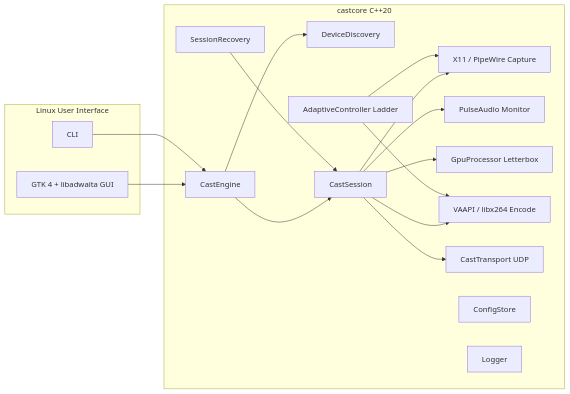
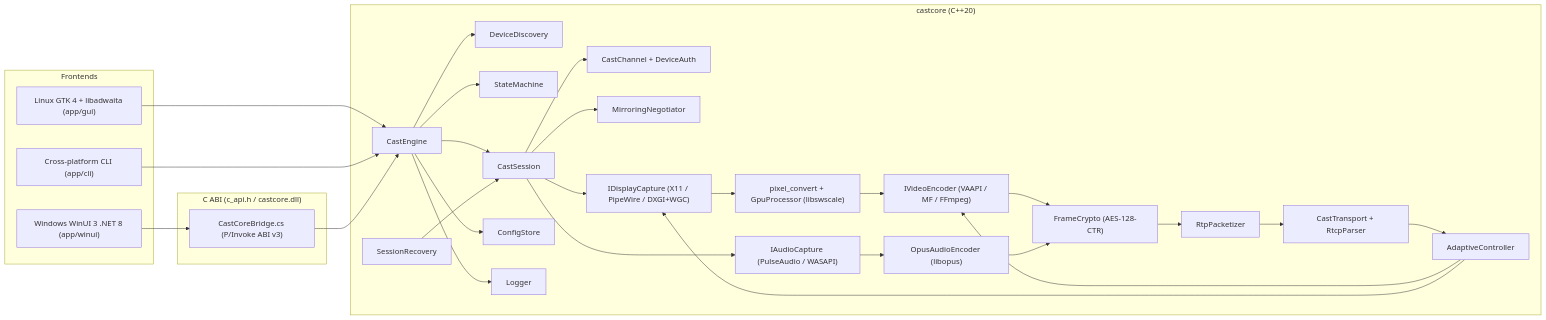
One commit to vindeckyy/CastMirror changed the second of 2 diagrams in docs/ARCHITECTURE.md. Above: the diagram before and after it, drawn with Mermaid. The commit also changed other lines of this file and 16 other files, not shown here.

````diff
--- a/docs/ARCHITECTURE.md
+++ b/docs/ARCHITECTURE.md
@@ -100,33 +85,54 @@
 ```mermaid
 flowchart LR
-    subgraph ui [Linux User Interface]
-        GTK[GTK 4 + libadwaita GUI]
-        CLI[CLI]
+    subgraph Frontends
+        GTK["Linux GTK 4 + libadwaita (app/gui)"]
+        WinUI["Windows WinUI 3 .NET 8 (app/winui)"]
+        CLI["Cross-platform CLI (app/cli)"]
     end
-    subgraph core [castcore C++20]
-        Engine[CastEngine]
-        Disc[DeviceDiscovery]
-        Sess[CastSession]
-        CapV[X11 / PipeWire Capture]
-        CapA[PulseAudio Monitor]
-        Gpu[GpuProcessor Letterbox]
-        Enc[VAAPI / libx264 Encode]
-        Tx[CastTransport UDP]
-        Adapt[AdaptiveController Ladder]
-        Recov[SessionRecovery]
-        Cfg[ConfigStore]
-        Log[Logger]
+
+    subgraph CAPI["C ABI (c_api.h / castcore.dll)"]
+        Bridge["CastCoreBridge.cs (P/Invoke ABI v3)"]
     end
+
+    subgraph Core["castcore (C++20)"]
+        Engine["CastEngine"]
+        Disc["DeviceDiscovery"]
+        SM["StateMachine"]
+        Sess["CastSession"]
+        Chan["CastChannel + DeviceAuth"]
+        Neg["MirroringNegotiator"]
+        CapV["IDisplayCapture (X11 / PipeWire / DXGI+WGC)"]
+        CapA["IAudioCapture (PulseAudio / WASAPI)"]
+        Conv["pixel_convert + GpuProcessor (libswscale)"]
+        EncV["IVideoEncoder (VAAPI / MF / FFmpeg)"]
+        EncA["OpusAudioEncoder (libopus)"]
+        Crypto["FrameCrypto (AES-128-CTR)"]
+        Pkt["RtpPacketizer"]
+        Tx["CastTransport + RtcpParser"]
+        Adapt["AdaptiveController"]
+        Recov["SessionRecovery"]
+        Cfg["ConfigStore"]
+        Log["Logger"]
+    end
+
     GTK --> Engine
     CLI --> Engine
+    WinUI --> Bridge --> Engine
     Engine --> Disc
+    Engine --> SM
     Engine --> Sess
+    Sess --> Chan
+    Sess --> Neg
     Sess --> CapV
     Sess --> CapA
-    Sess --> Gpu
-    Sess --> Enc
-    Sess --> Tx
-    Adapt --> Enc
+    CapV --> Conv --> EncV
+    CapA --> EncA
+    EncV --> Crypto --> Pkt --> Tx
+    EncA --> Crypto
+    Tx --> Adapt
+    Adapt --> EncV
     Adapt --> CapV
     Recov --> Sess
+    Engine --> Cfg
+    Engine --> Log
 ```
````
